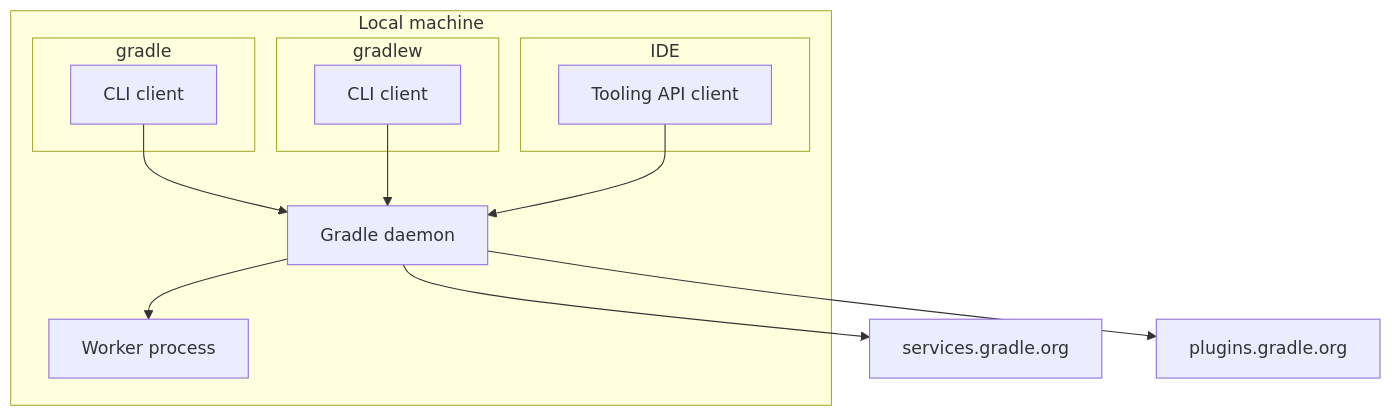
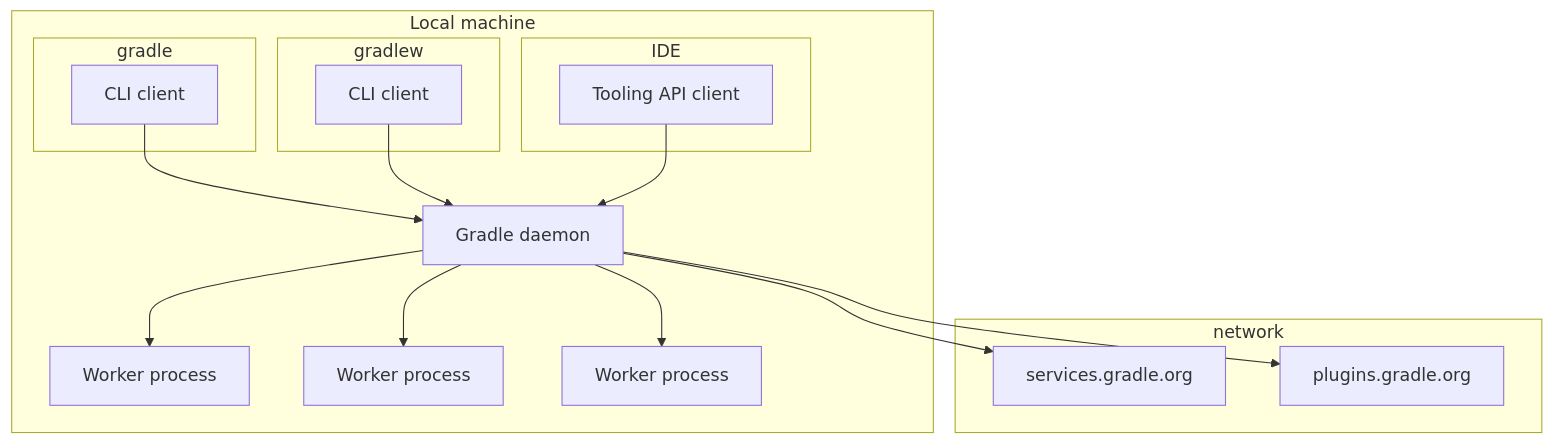
One commit to tianyeeT/gradle changed the diagram in architecture/runtimes.md. Above: the diagram before and after it, drawn with Mermaid.

Commit message:
tweak to previous.

````diff
--- a/architecture/runtimes.md
+++ b/architecture/runtimes.md
@@ -12,34 +12,42 @@
 ```mermaid
     graph TD
     
     subgraph local["Local machine"]
         
         subgraph gradle
             cli["CLI client"]
         end
     
         subgraph gradlew
             cli_gradlew["CLI client"]
         end
     
         subgraph IDE    
             tapi["Tooling API client"]
         end
         
         daemon["Gradle daemon"]
         cli --> daemon
         cli_gradlew --> daemon
         tapi --> daemon
         
         worker["Worker process"]
         daemon --> worker
+
+        worker2["Worker process"]
+        daemon --> worker2
+
+        worker3["Worker process"]
+        daemon --> worker3
         
     end
     
-    services["services.gradle.org"]
-    daemon --> services
-
-    plugins["plugins.gradle.org"]
-    daemon --> plugins
-
+    subgraph network
+        services["services.gradle.org"]
+        daemon --> services
+    
+        plugins["plugins.gradle.org"]
+        daemon --> plugins
+    end
+    
 ```
````
